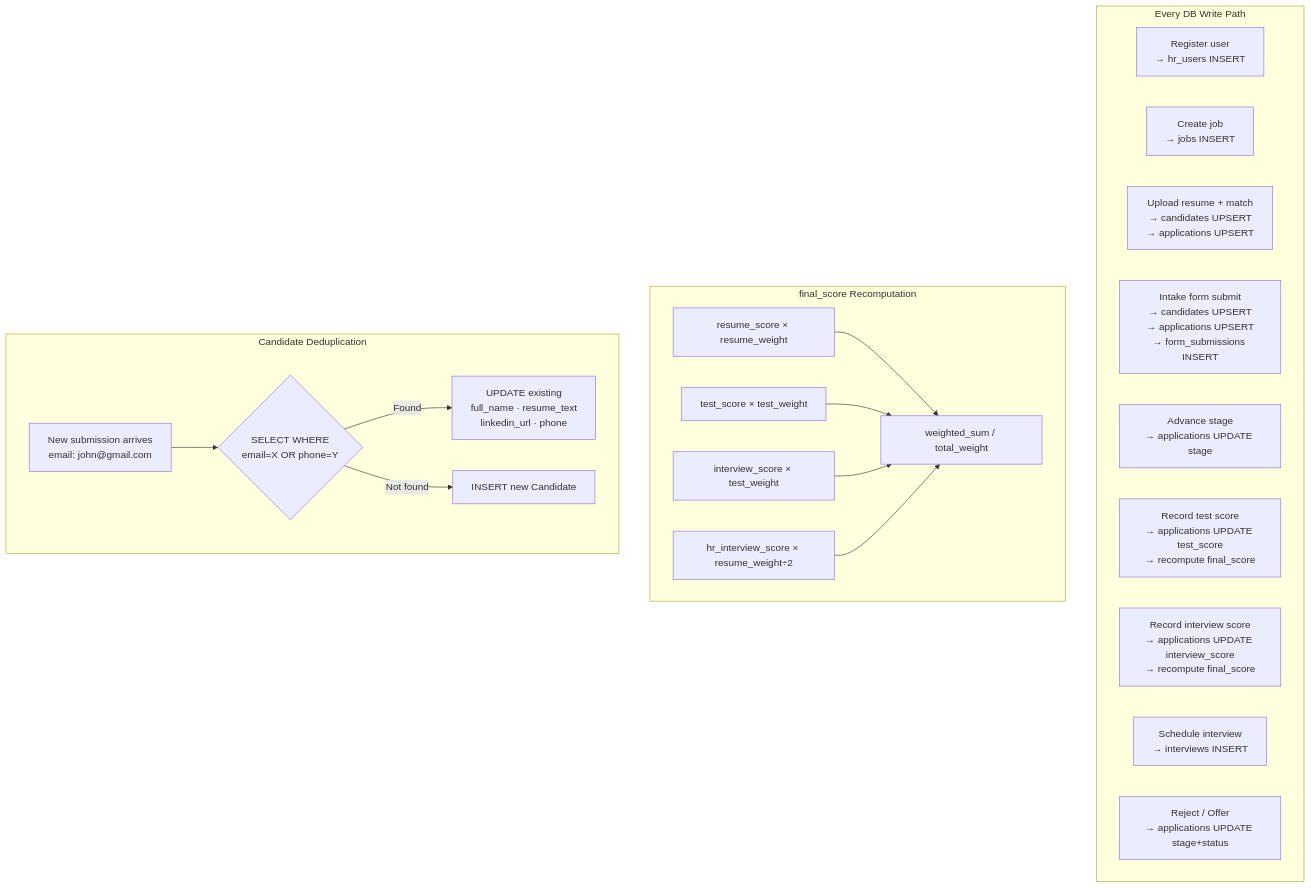
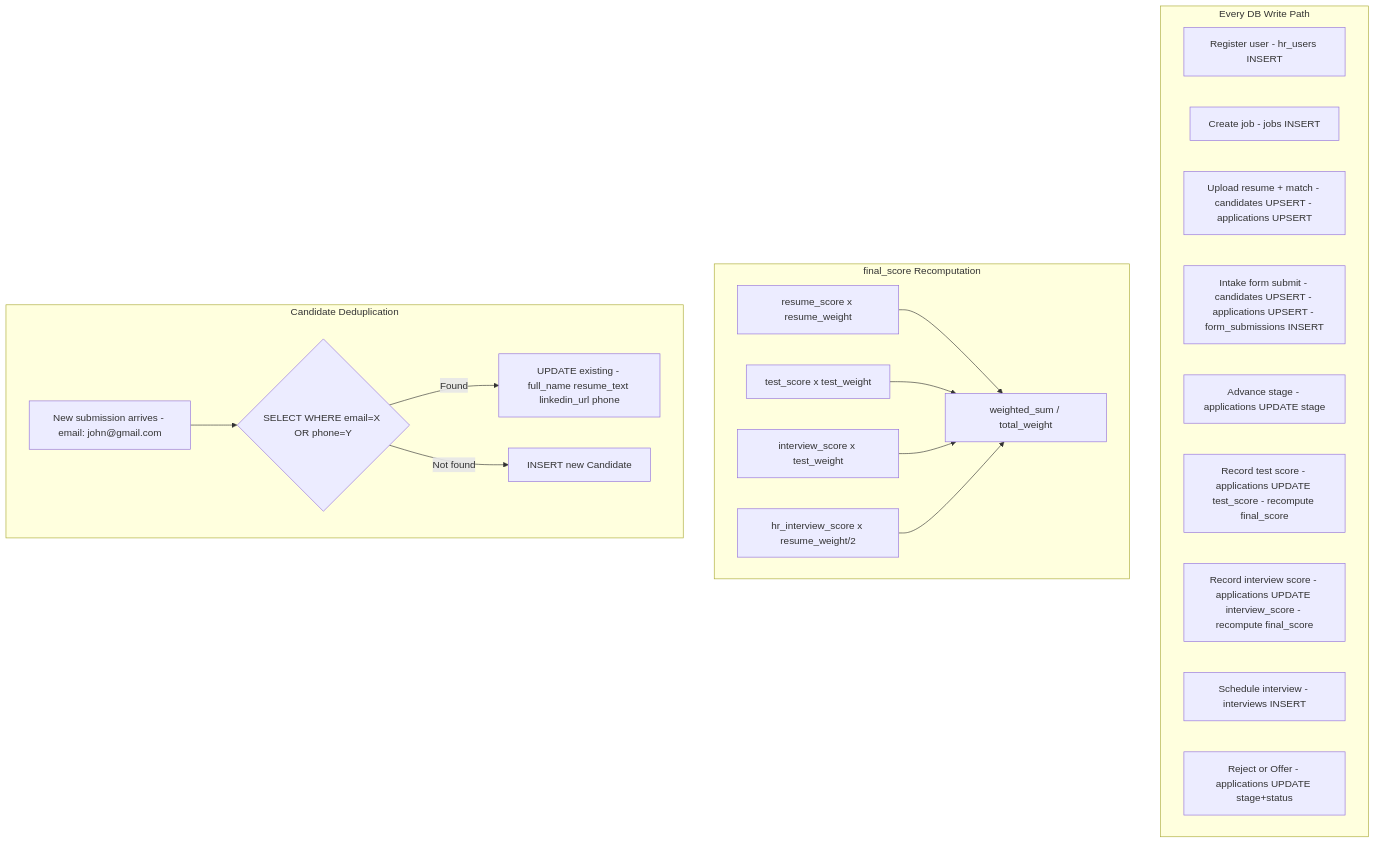
One commit to Deep841/fairhire-ai changed diagram 12 of 12 in FLOWCHARTS.md. Above: the diagram before and after it, drawn with Mermaid. The commit also changed other lines of this file, not shown here.

Commit message:
fix: Remove all emojis and unicode from flowcharts - plain ASCII only for Mermaid compatibility

````diff
--- a/FLOWCHARTS.md
+++ b/FLOWCHARTS.md
@@ -522,32 +500,32 @@
 ```mermaid
 flowchart TD
     subgraph WRITES["Every DB Write Path"]
-        W1[Register user\n→ hr_users INSERT]
-        W2[Create job\n→ jobs INSERT]
-        W3[Upload resume + match\n→ candidates UPSERT\n→ applications UPSERT]
-        W4[Intake form submit\n→ candidates UPSERT\n→ applications UPSERT\n→ form_submissions INSERT]
-        W5[Advance stage\n→ applications UPDATE stage]
-        W6[Record test score\n→ applications UPDATE test_score\n→ recompute final_score]
-        W7[Record interview score\n→ applications UPDATE interview_score\n→ recompute final_score]
-        W8[Schedule interview\n→ interviews INSERT]
-        W9[Reject / Offer\n→ applications UPDATE stage+status]
+        W1[Register user - hr_users INSERT]
+        W2[Create job - jobs INSERT]
+        W3[Upload resume + match - candidates UPSERT - applications UPSERT]
+        W4[Intake form submit - candidates UPSERT - applications UPSERT - form_submissions INSERT]
+        W5[Advance stage - applications UPDATE stage]
+        W6[Record test score - applications UPDATE test_score - recompute final_score]
+        W7[Record interview score - applications UPDATE interview_score - recompute final_score]
+        W8[Schedule interview - interviews INSERT]
+        W9[Reject or Offer - applications UPDATE stage+status]
     end
 
     subgraph FINAL_SCORE["final_score Recomputation"]
-        FS1[resume_score × resume_weight]
-        FS2[test_score × test_weight]
-        FS3[interview_score × test_weight]
-        FS4[hr_interview_score × resume_weight÷2]
+        FS1[resume_score x resume_weight]
+        FS2[test_score x test_weight]
+        FS3[interview_score x test_weight]
+        FS4[hr_interview_score x resume_weight/2]
         FS1 --> FS5[weighted_sum / total_weight]
         FS2 --> FS5
         FS3 --> FS5
         FS4 --> FS5
     end
 
     subgraph DEDUP["Candidate Deduplication"]
-        D1[New submission arrives\nemail: john@gmail.com]
-        D1 --> D2{SELECT WHERE\nemail=X OR phone=Y}
-        D2 -->|Found| D3[UPDATE existing\nfull_name · resume_text\nlinkedin_url · phone]
+        D1[New submission arrives - email: john@gmail.com]
+        D1 --> D2{SELECT WHERE email=X OR phone=Y}
+        D2 -->|Found| D3[UPDATE existing - full_name resume_text linkedin_url phone]
         D2 -->|Not found| D4[INSERT new Candidate]
     end
 ```
````
